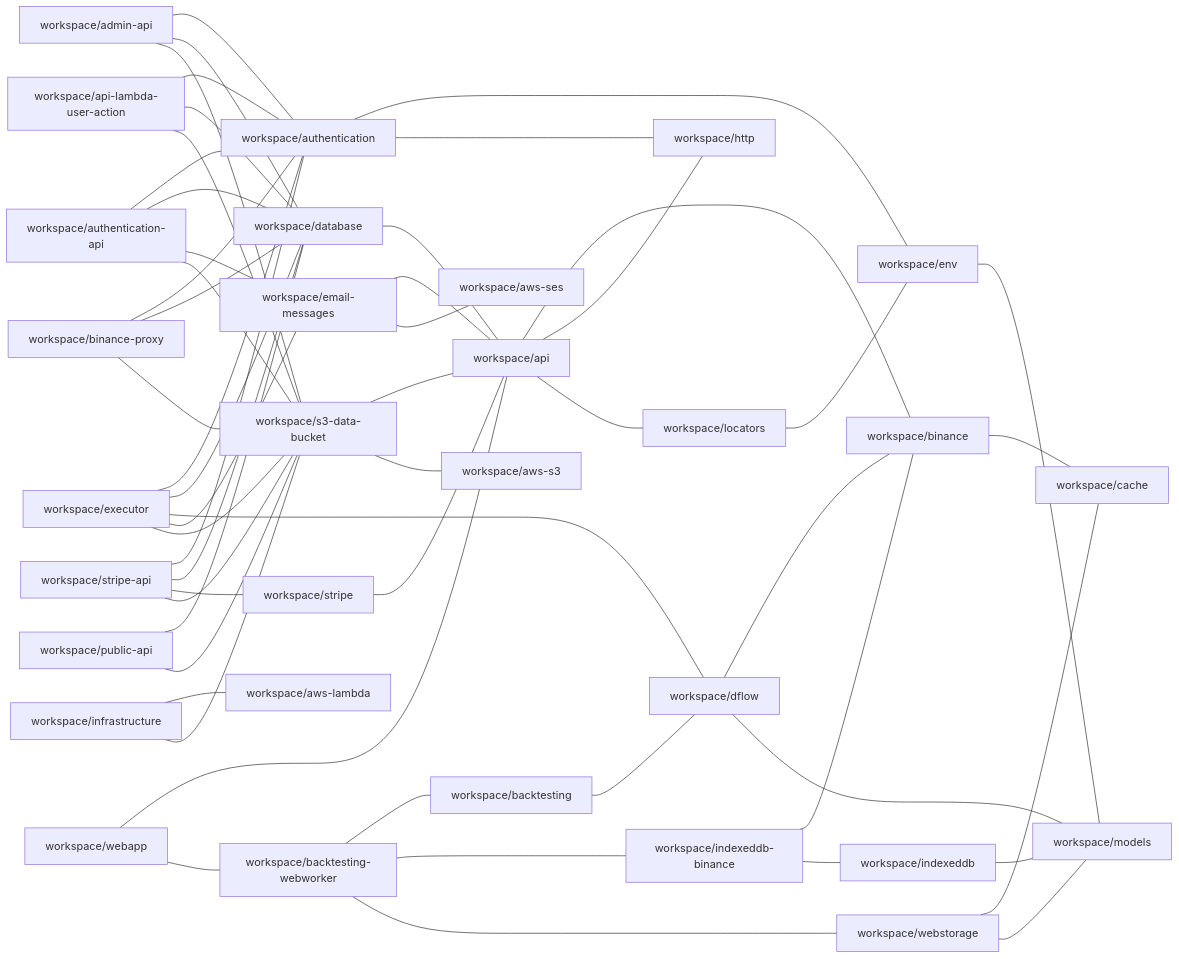
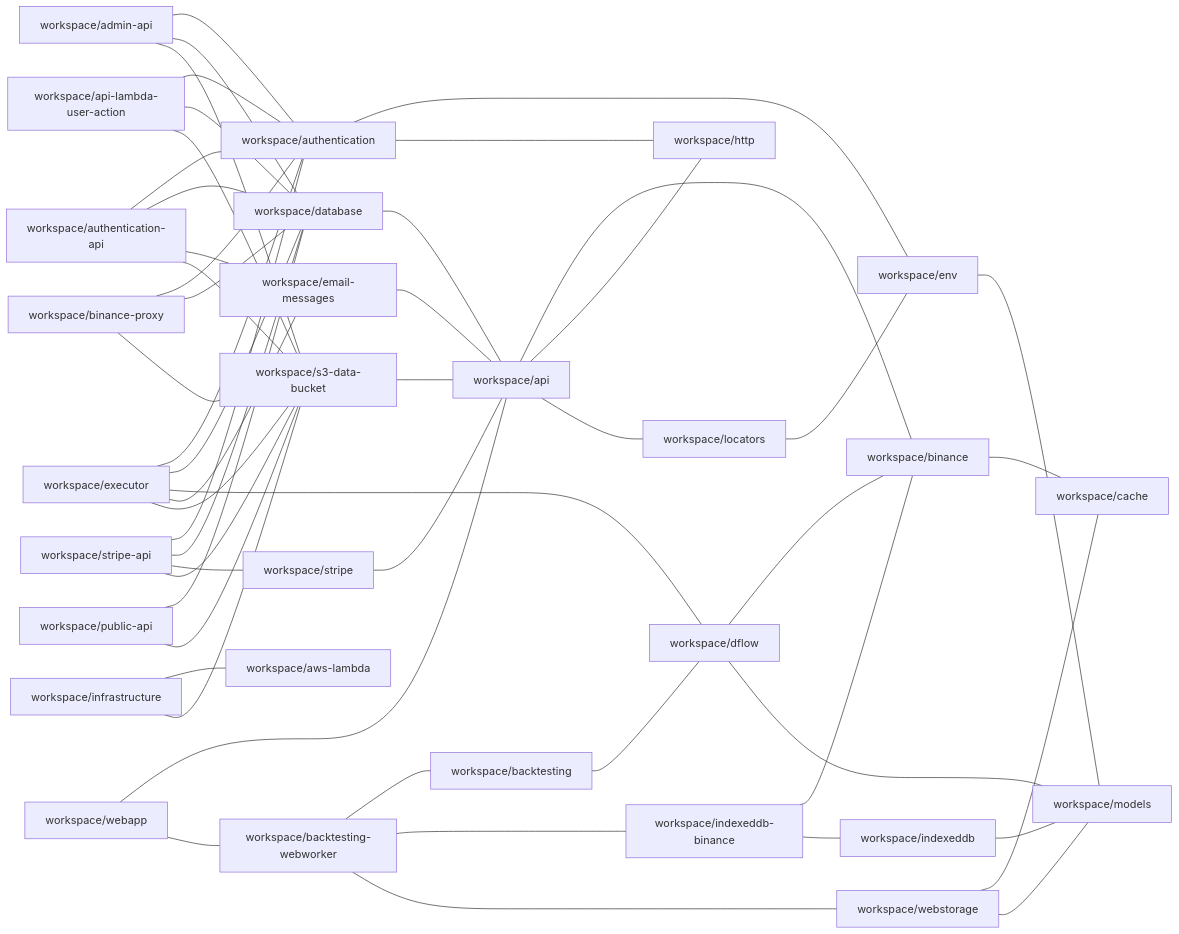
One commit to ggbot-org/ggbot changed the diagram in repository/docs/npm-dependencies.md. Above: the diagram before and after it, drawn with Mermaid. The commit also changed 42 other files, not shown here.

Commit message:
remove aws-s3 and aws-ses workspaces

````diff
--- a/repository/docs/npm-dependencies.md
+++ b/repository/docs/npm-dependencies.md
@@ -6,56 +6,54 @@
 ```mermaid
 graph LR
     workspace/admin-api --- workspace/authentication
     workspace/admin-api --- workspace/database
     workspace/admin-api --- workspace/s3-data-bucket
     workspace/api --- workspace/binance
     workspace/api --- workspace/http
     workspace/api --- workspace/locators
     workspace/api-lambda-user-action --- workspace/authentication
     workspace/api-lambda-user-action --- workspace/database
     workspace/api-lambda-user-action --- workspace/s3-data-bucket
     workspace/authentication --- workspace/env
     workspace/authentication --- workspace/http
     workspace/authentication-api --- workspace/authentication
     workspace/authentication-api --- workspace/database
     workspace/authentication-api --- workspace/email-messages
     workspace/authentication-api --- workspace/s3-data-bucket
     workspace/backtesting --- workspace/dflow
     workspace/backtesting-webworker --- workspace/backtesting
     workspace/backtesting-webworker --- workspace/indexeddb-binance
     workspace/backtesting-webworker --- workspace/webstorage
     workspace/binance --- workspace/cache
     workspace/binance-proxy --- workspace/authentication
     workspace/binance-proxy --- workspace/database
     workspace/binance-proxy --- workspace/s3-data-bucket
     workspace/database --- workspace/api
     workspace/dflow --- workspace/binance
     workspace/dflow --- workspace/models
     workspace/email-messages --- workspace/api
-    workspace/email-messages --- workspace/aws-ses
     workspace/env --- workspace/models
     workspace/executor --- workspace/authentication
     workspace/executor --- workspace/database
     workspace/executor --- workspace/dflow
     workspace/executor --- workspace/email-messages
     workspace/executor --- workspace/s3-data-bucket
     workspace/indexeddb --- workspace/models
     workspace/indexeddb-binance --- workspace/binance
     workspace/indexeddb-binance --- workspace/indexeddb
     workspace/infrastructure --- workspace/aws-lambda
     workspace/infrastructure --- workspace/s3-data-bucket
     workspace/locators --- workspace/env
     workspace/public-api --- workspace/database
     workspace/public-api --- workspace/s3-data-bucket
     workspace/s3-data-bucket --- workspace/api
-    workspace/s3-data-bucket --- workspace/aws-s3
     workspace/stripe --- workspace/api
     workspace/stripe-api --- workspace/authentication
     workspace/stripe-api --- workspace/database
     workspace/stripe-api --- workspace/stripe
     workspace/stripe-api --- workspace/s3-data-bucket
     workspace/webapp --- workspace/api
     workspace/webapp --- workspace/backtesting-webworker
     workspace/webstorage --- workspace/cache
     workspace/webstorage --- workspace/models
 ```
````
